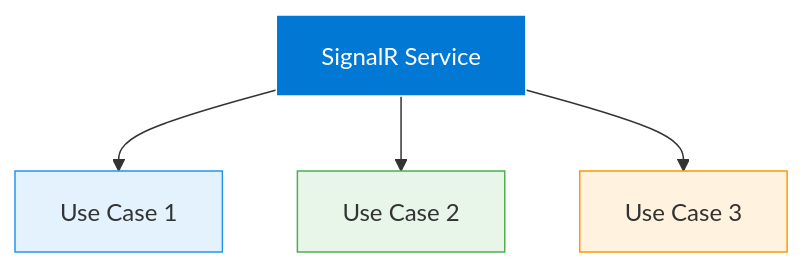
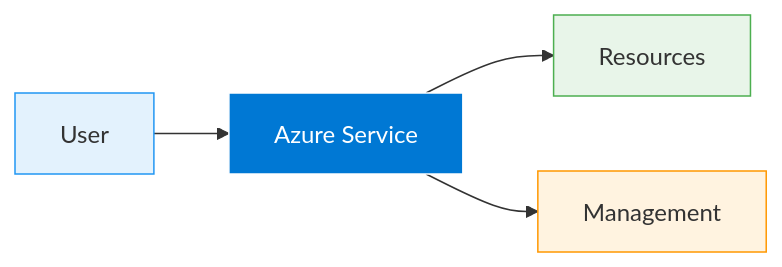
One commit to sixeyed/azure-az204 changed the diagram in slides/signalr/005.md. Above: the diagram before and after it, drawn with Mermaid. The commit also changed other lines of this file and 452 other files, not shown here.

````diff
--- a/slides/signalr/005.md
+++ b/slides/signalr/005.md
@@ -7,11 +7,11 @@
 ```mermaid
-graph TB
-    Service[SignalR Service] --> UC1[Use Case 1]
-    Service --> UC2[Use Case 2]
-    Service --> UC3[Use Case 3]
+graph LR
+    A[User] --> B[Azure Service]
+    B --> C[Resources]
+    B --> D[Management]
 
-    style Service fill:#0078d4,stroke:#fff,color:#fff
-    style UC1 fill:#e3f2fd,stroke:#2196f3
-    style UC2 fill:#e8f5e9,stroke:#4caf50
-    style UC3 fill:#fff3e0,stroke:#ff9800
+    style B fill:#0078d4,stroke:#fff,color:#fff
+    style A fill:#e3f2fd,stroke:#2196f3
+    style C fill:#e8f5e9,stroke:#4caf50
+    style D fill:#fff3e0,stroke:#ff9800
 ```
````
